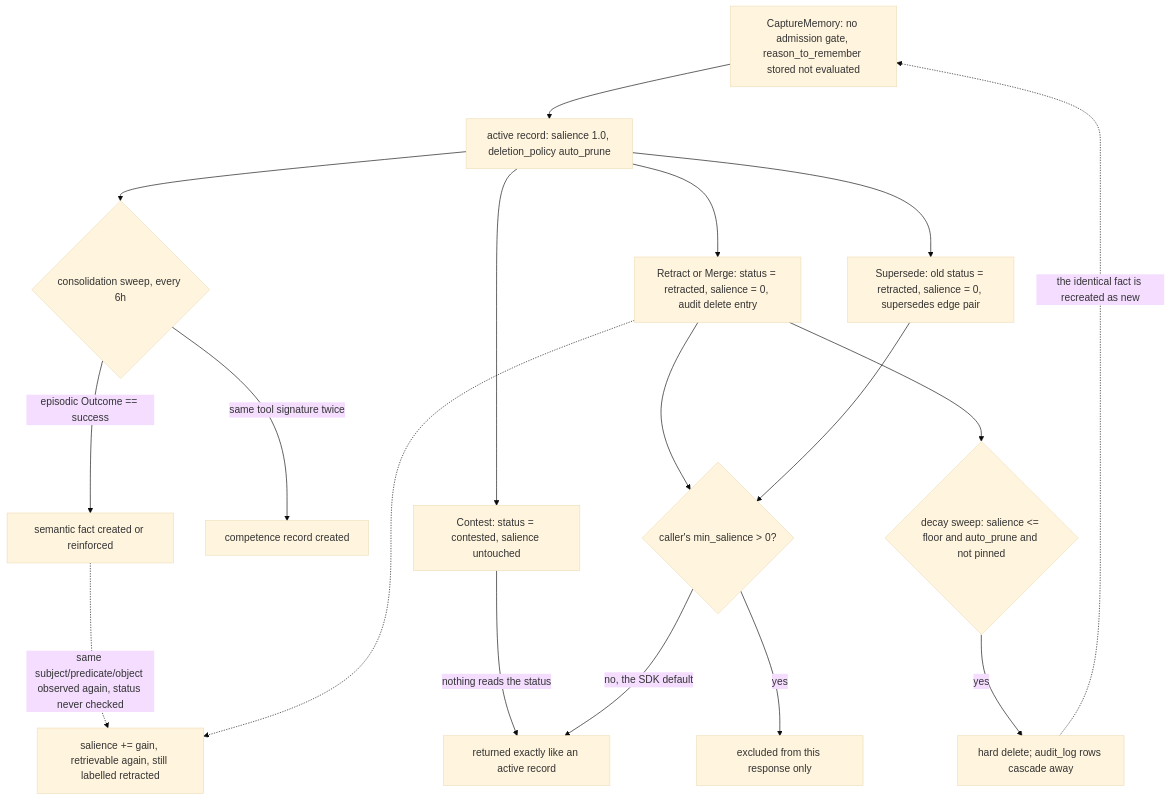
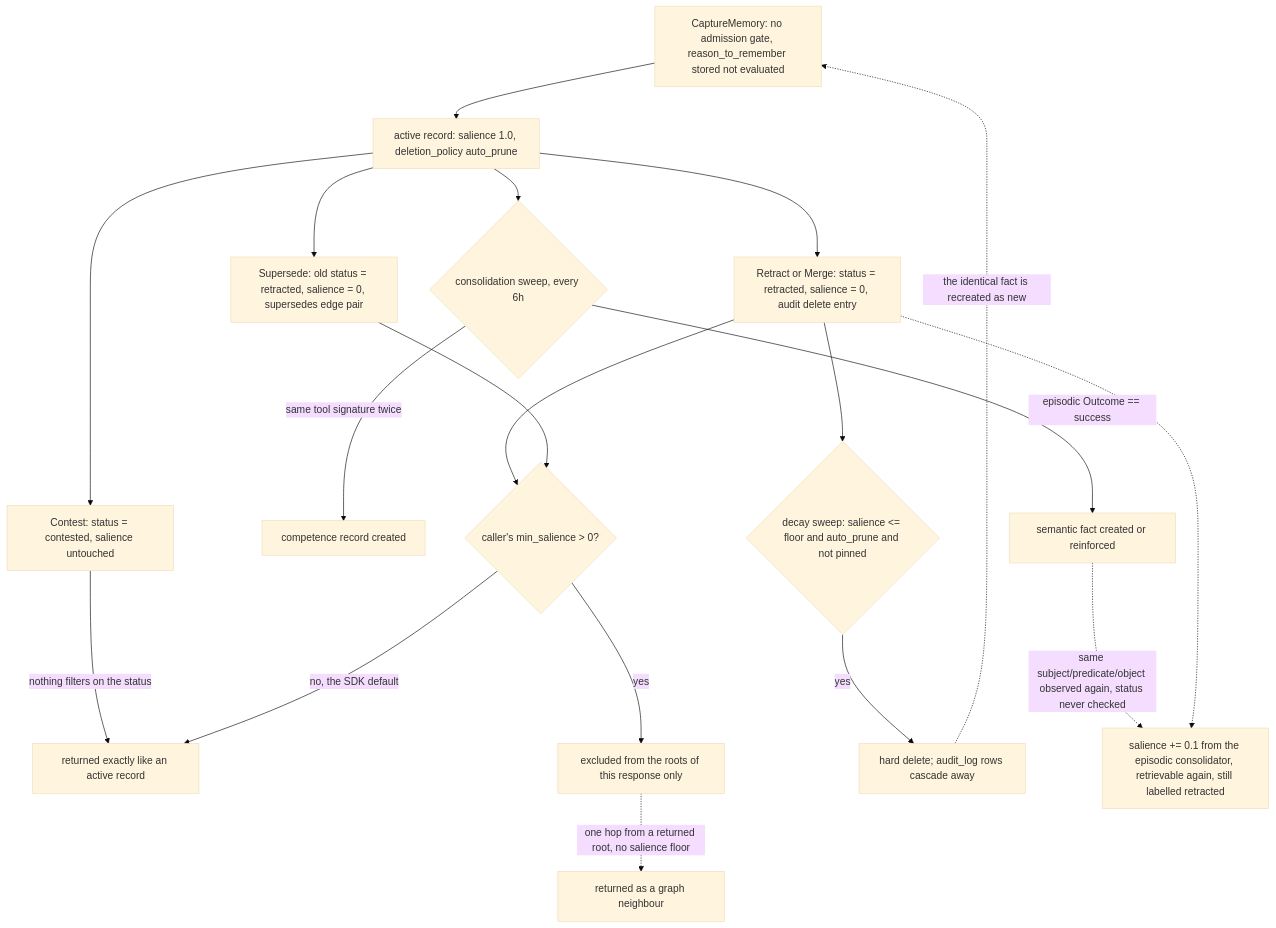
Before and after one commit to neoneye/agent-memory-atlas: the diagram in content/systems/membrane.md, drawn with Mermaid (base theme). The commit also changed other lines of this file and 15 other files, not shown here.

First line of the commit message:
Audit Membrane at an unchanged pin: graph neighbours bypass the salience floor

````diff
--- a/content/systems/membrane.md
+++ b/content/systems/membrane.md
@@ -59,21 +65,22 @@
 ```mermaid
-%% caption: revision status is written on four paths and read on none, so the only thing retrieval can see is salience — and zero salience is simultaneously the retraction signal, a value a caller must opt into filtering, and the condition that makes an auto-prune record eligible for hard deletion with its audit history
+%% caption: revision status is written on four paths and filtered on none, so the only thing retrieval can act on is salience — and zero salience is simultaneously the retraction signal, a value a caller must opt into filtering on the roots only, and the condition that makes an auto-prune record eligible for hard deletion with its audit history
 flowchart TD
   C["CaptureMemory: no admission gate, reason_to_remember stored not evaluated"] --> A["active record: salience 1.0, deletion_policy auto_prune"]
   A --> K{"consolidation sweep, every 6h"}
   K -->|"episodic Outcome == success"| S["semantic fact created or reinforced"]
   K -->|"same tool signature twice"| P["competence record created"]
   A --> R["Retract or Merge: status = retracted, salience = 0, audit delete entry"]
   A --> V["Supersede: old status = retracted, salience = 0, supersedes edge pair"]
   A --> T["Contest: status = contested, salience untouched"]
-  T -->|"nothing reads the status"| Q["returned exactly like an active record"]
+  T -->|"nothing filters on the status"| Q["returned exactly like an active record"]
   R --> M{"caller's min_salience > 0?"}
   V --> M
   M -->|"no, the SDK default"| Q
-  M -->|"yes"| X["excluded from this response only"]
+  M -->|"yes"| X["excluded from the roots of this response only"]
+  X -.->|"one hop from a returned root, no salience floor"| N["returned as a graph neighbour"]
   R --> D{"decay sweep: salience <= floor and auto_prune and not pinned"}
   D -->|"yes"| H["hard delete; audit_log rows cascade away"]
-  S -.->|"same subject/predicate/object observed again, status never checked"| G["salience += gain, retrievable again, still labelled retracted"]
+  S -.->|"same subject/predicate/object observed again, status never checked"| G["salience += 0.1 from the episodic consolidator, retrievable again, still labelled retracted"]
   R -.-> G
   H -.->|"the identical fact is recreated as new"| C
 ```
````
